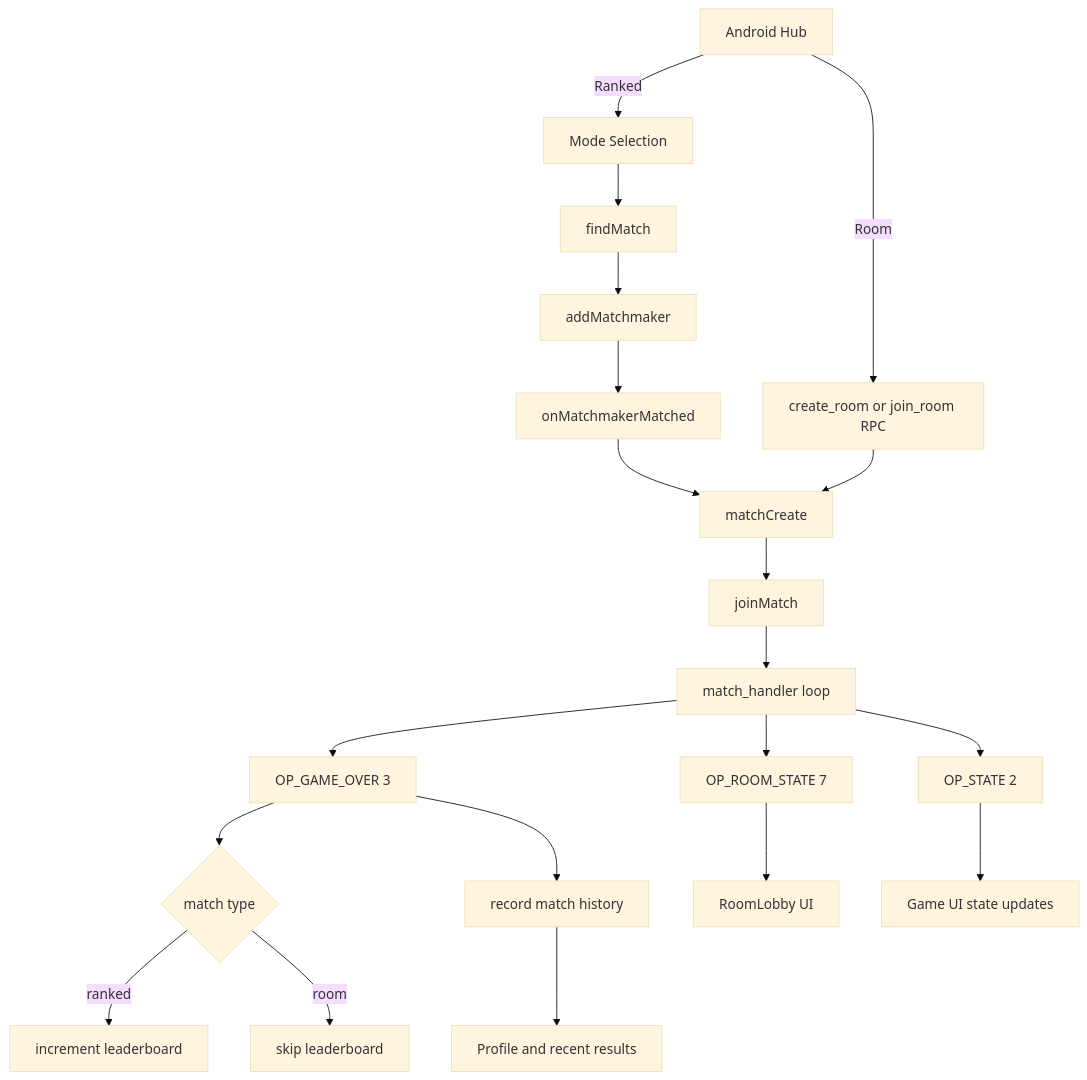
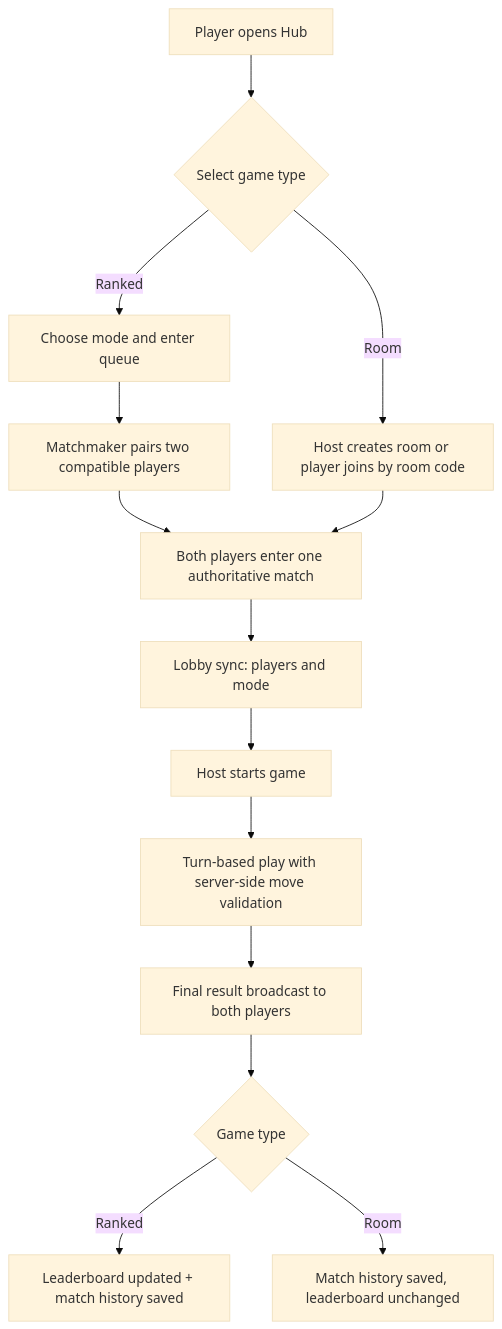
Before and after one commit to iosahil/tictactoe-backend: the first of 2 diagrams in README.md, drawn with Mermaid (base theme). The commit also changed other lines of this file, not shown here.

````diff
--- a/README.md
+++ b/README.md
@@ -48,27 +70,20 @@
 ```mermaid
 flowchart TD
-    A[Android Hub] -->|Ranked| B[Mode Selection]
-    B --> C[findMatch]
-    C --> D[addMatchmaker]
-    D --> E[onMatchmakerMatched]
-    E --> F[matchCreate]
+    A[Player opens Hub] --> B{Select game type}
 
-    A -->|Room| G[create_room or join_room RPC]
-    G --> F
+    B -->|Ranked| C[Choose mode and enter queue]
+    C --> D[Matchmaker pairs two compatible players]
+    D --> E[Both players enter one authoritative match]
 
-    F --> H[joinMatch]
-    H --> I[match_handler loop]
+    B -->|Room| F[Host creates room or player joins by room code]
+    F --> E
 
-    I --> J[OP_ROOM_STATE 7]
-    I --> K[OP_STATE 2]
-    I --> L[OP_GAME_OVER 3]
+    E --> G[Lobby sync: players and mode]
+    G --> H[Host starts game]
+    H --> I[Turn-based play with server-side move validation]
+    I --> J[Final result broadcast to both players]
 
-    L --> M{match type}
-    M -->|ranked| N[increment leaderboard]
-    M -->|room| O[skip leaderboard]
-    L --> P[record match history]
-
-    J --> Q[RoomLobby UI]
-    K --> R[Game UI state updates]
-    P --> S[Profile and recent results]
+    J --> K{Game type}
+    K -->|Ranked| L[Leaderboard updated + match history saved]
+    K -->|Room| M[Match history saved, leaderboard unchanged]
 ```
````
